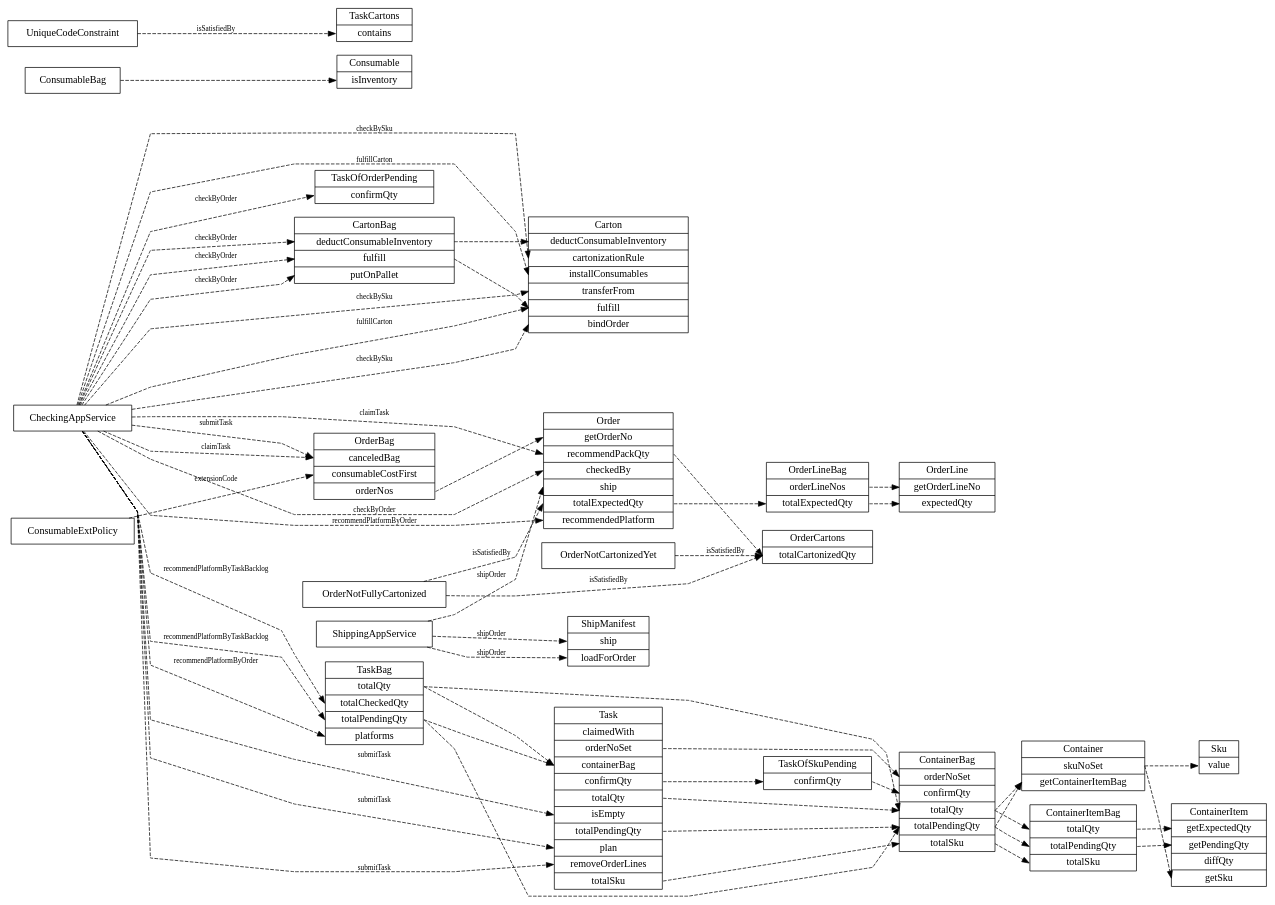
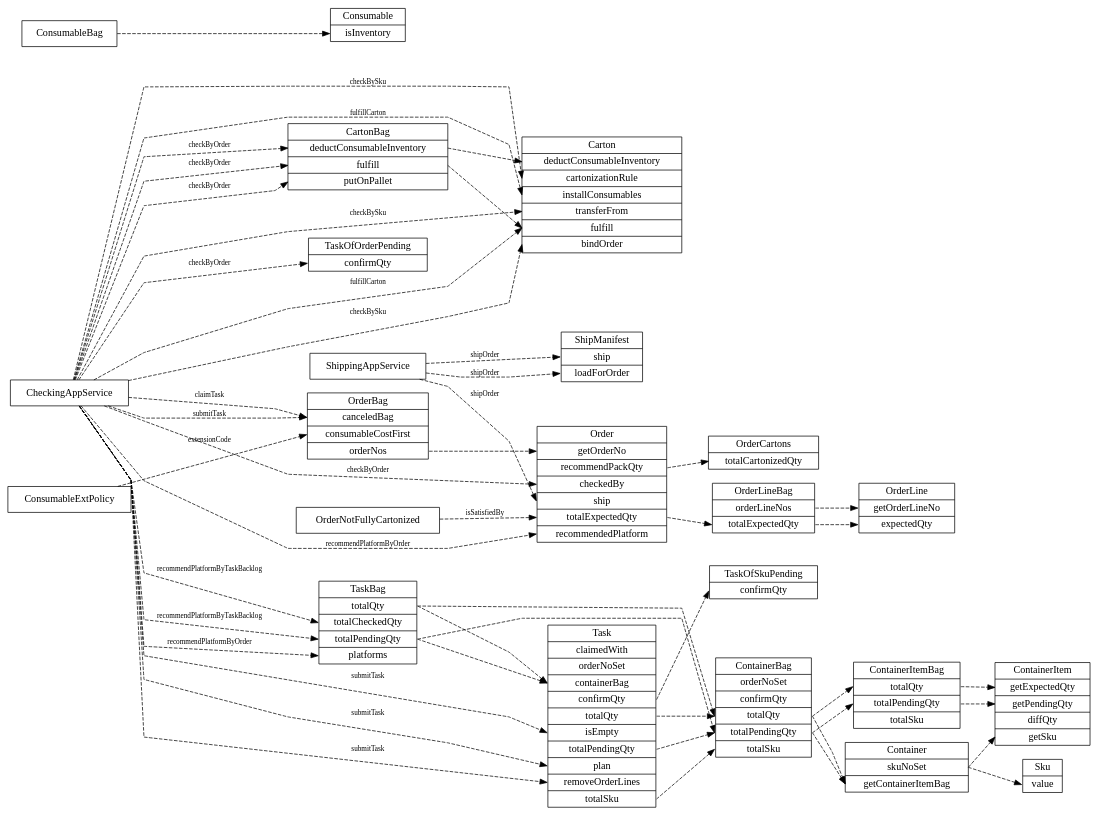
Before and after one commit to funkygao/cp-ddd-framework: the diagram in doc/showcase/callgraph.dot, drawn with Graphviz. The commit also changed 2 other files, not shown here.

```diff
--- a/doc/showcase/callgraph.dot
+++ b/doc/showcase/callgraph.dot
@@ -1,83 +1,75 @@
 digraph G {
    labelloc = "t";
    rankdir=LR;
    splines = polyline;
    node [shape=record];
    edge [style = dashed, fontsize=10];
 
    Carton [label="<Carton> Carton|<deductConsumableInventory> deductConsumableInventory|<cartonizationRule> cartonizationRule|<installConsumables> installConsumables|<transferFrom> transferFrom|<fulfill> fulfill|<bindOrder> bindOrder"];
    CartonBag [label="<CartonBag> CartonBag|<deductConsumableInventory> deductConsumableInventory|<fulfill> fulfill|<putOnPallet> putOnPallet"];
    Consumable [label="<Consumable> Consumable|<isInventory> isInventory"];
    Container [label="<Container> Container|<skuNoSet> skuNoSet|<getContainerItemBag> getContainerItemBag"];
    ContainerBag [label="<ContainerBag> ContainerBag|<orderNoSet> orderNoSet|<confirmQty> confirmQty|<totalQty> totalQty|<totalPendingQty> totalPendingQty|<totalSku> totalSku"];
    ContainerItem [label="<ContainerItem> ContainerItem|<getExpectedQty> getExpectedQty|<getPendingQty> getPendingQty|<diffQty> diffQty|<getSku> getSku"];
    ContainerItemBag [label="<ContainerItemBag> ContainerItemBag|<totalQty> totalQty|<totalPendingQty> totalPendingQty|<totalSku> totalSku"];
    Order [label="<Order> Order|<getOrderNo> getOrderNo|<recommendPackQty> recommendPackQty|<checkedBy> checkedBy|<ship> ship|<totalExpectedQty> totalExpectedQty|<recommendedPlatform> recommendedPlatform"];
    OrderBag [label="<OrderBag> OrderBag|<canceledBag> canceledBag|<consumableCostFirst> consumableCostFirst|<orderNos> orderNos"];
    OrderCartons [label="<OrderCartons> OrderCartons|<totalCartonizedQty> totalCartonizedQty"];
    OrderLine [label="<OrderLine> OrderLine|<getOrderLineNo> getOrderLineNo|<expectedQty> expectedQty"];
    OrderLineBag [label="<OrderLineBag> OrderLineBag|<orderLineNos> orderLineNos|<totalExpectedQty> totalExpectedQty"];
    ShipManifest [label="<ShipManifest> ShipManifest|<ship> ship|<loadForOrder> loadForOrder"];
    Sku [label="<Sku> Sku|<value> value"];
    Task [label="<Task> Task|<claimedWith> claimedWith|<orderNoSet> orderNoSet|<containerBag> containerBag|<confirmQty> confirmQty|<totalQty> totalQty|<isEmpty> isEmpty|<totalPendingQty> totalPendingQty|<plan> plan|<removeOrderLines> removeOrderLines|<totalSku> totalSku"];
    TaskBag [label="<TaskBag> TaskBag|<totalQty> totalQty|<totalCheckedQty> totalCheckedQty|<totalPendingQty> totalPendingQty|<platforms> platforms"];
-   TaskCartons [label="<TaskCartons> TaskCartons|<contains> contains"];
    TaskOfOrderPending [label="<TaskOfOrderPending> TaskOfOrderPending|<confirmQty> confirmQty"];
    TaskOfSkuPending [label="<TaskOfSkuPending> TaskOfSkuPending|<confirmQty> confirmQty"];
 
    CartonBag:deductConsumableInventory -> Carton:deductConsumableInventory
    CartonBag:fulfill -> Carton:fulfill
    CheckingAppService -> TaskOfOrderPending:confirmQty [label="checkByOrder"];
    CheckingAppService -> CartonBag:fulfill [label="checkByOrder"];
    CheckingAppService -> CartonBag:putOnPallet [label="checkByOrder"];
    CheckingAppService -> Order:checkedBy [label="checkByOrder"];
    CheckingAppService -> CartonBag:deductConsumableInventory [label="checkByOrder"];
    CheckingAppService -> Carton:cartonizationRule [label="checkBySku"];
    CheckingAppService -> Carton:bindOrder [label="checkBySku"];
    CheckingAppService -> Carton:transferFrom [label="checkBySku"];
    CheckingAppService -> OrderBag:canceledBag [label="claimTask"];
-   CheckingAppService -> Order:recommendPackQty [label="claimTask"];
    CheckingAppService -> Carton:installConsumables [label="fulfillCarton"];
    CheckingAppService -> Carton:fulfill [label="fulfillCarton"];
    CheckingAppService -> Order:recommendedPlatform [label="recommendPlatformByOrder"];
    CheckingAppService -> TaskBag:platforms [label="recommendPlatformByOrder"];
    CheckingAppService -> TaskBag:totalCheckedQty [label="recommendPlatformByTaskBacklog"];
    CheckingAppService -> TaskBag:totalPendingQty [label="recommendPlatformByTaskBacklog"];
    CheckingAppService -> OrderBag:canceledBag [label="submitTask"];
    CheckingAppService -> Task:removeOrderLines [label="submitTask"];
    CheckingAppService -> Task:isEmpty [label="submitTask"];
    CheckingAppService -> Task:plan [label="submitTask"];
    ConsumableBag:inventoryControlBag -> Consumable:isInventory
    ConsumableExtPolicy -> OrderBag:consumableCostFirst [label="extensionCode"];
    ContainerBag:totalPendingQty -> ContainerItemBag:totalPendingQty
    ContainerBag:totalPendingQty -> Container:getContainerItemBag
    ContainerBag:totalQty -> ContainerItemBag:totalQty
    ContainerBag:totalQty -> Container:getContainerItemBag
-   ContainerBag:totalSku -> ContainerItemBag:totalSku
    ContainerItemBag:totalPendingQty -> ContainerItem:getPendingQty
    ContainerItemBag:totalQty -> ContainerItem:getExpectedQty
    Container:skuNoSet -> Sku:value
    Container:skuNoSet -> ContainerItem:getSku
    OrderBag:orderNos -> Order:getOrderNo
    OrderLineBag:orderLineNos -> OrderLine:getOrderLineNo
    OrderLineBag:totalExpectedQty -> OrderLine:expectedQty
-   OrderNotCartonizedYet -> OrderCartons:totalCartonizedQty [label="isSatisfiedBy"];
    OrderNotFullyCartonized -> Order:totalExpectedQty [label="isSatisfiedBy"];
-   OrderNotFullyCartonized -> OrderCartons:totalCartonizedQty [label="isSatisfiedBy"];
    Order:recommendPackQty -> OrderCartons:totalCartonizedQty
    Order:totalExpectedQty -> OrderLineBag:totalExpectedQty
    ShippingAppService -> ShipManifest:loadForOrder [label="shipOrder"];
    ShippingAppService -> ShipManifest:ship [label="shipOrder"];
    ShippingAppService -> Order:ship [label="shipOrder"];
    TaskBag:totalPendingQty -> ContainerBag:totalPendingQty
    TaskBag:totalPendingQty -> Task:containerBag
    TaskBag:totalQty -> ContainerBag:totalQty
    TaskBag:totalQty -> Task:containerBag
-   TaskOfSkuPending:confirmQty -> ContainerBag:confirmQty
    Task:confirmQty -> TaskOfSkuPending:confirmQty
-   Task:orderNoSet -> ContainerBag:orderNoSet
    Task:totalPendingQty -> ContainerBag:totalPendingQty
    Task:totalQty -> ContainerBag:totalQty
    Task:totalSku -> ContainerBag:totalSku
-   UniqueCodeConstraint -> TaskCartons:contains [label="isSatisfiedBy"];
 }
```
